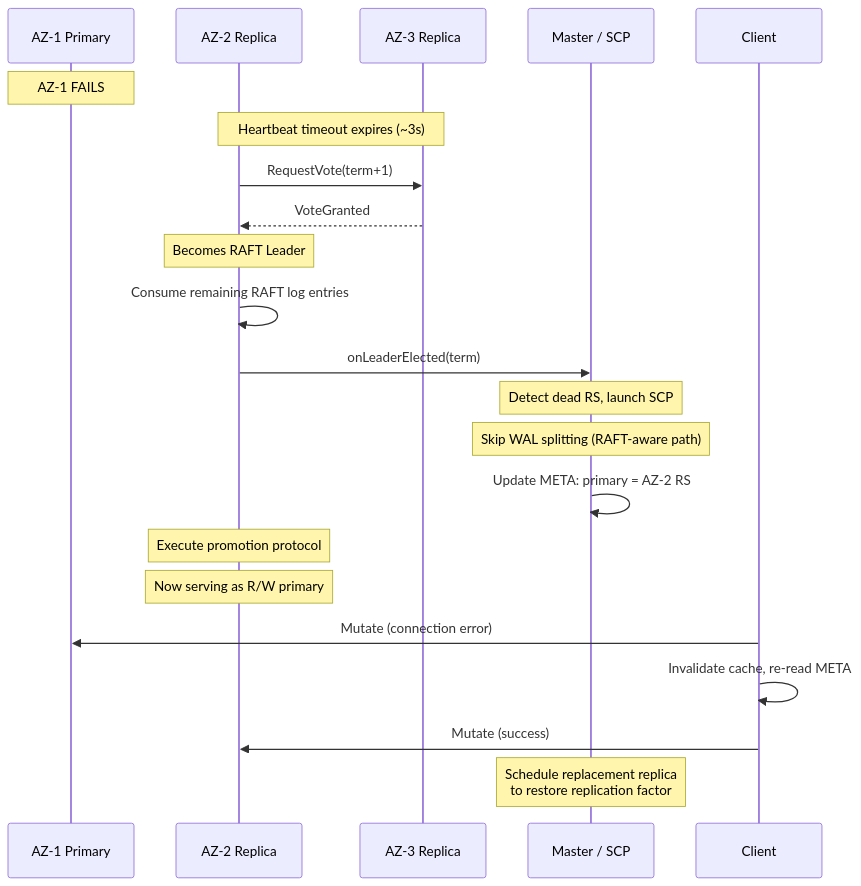
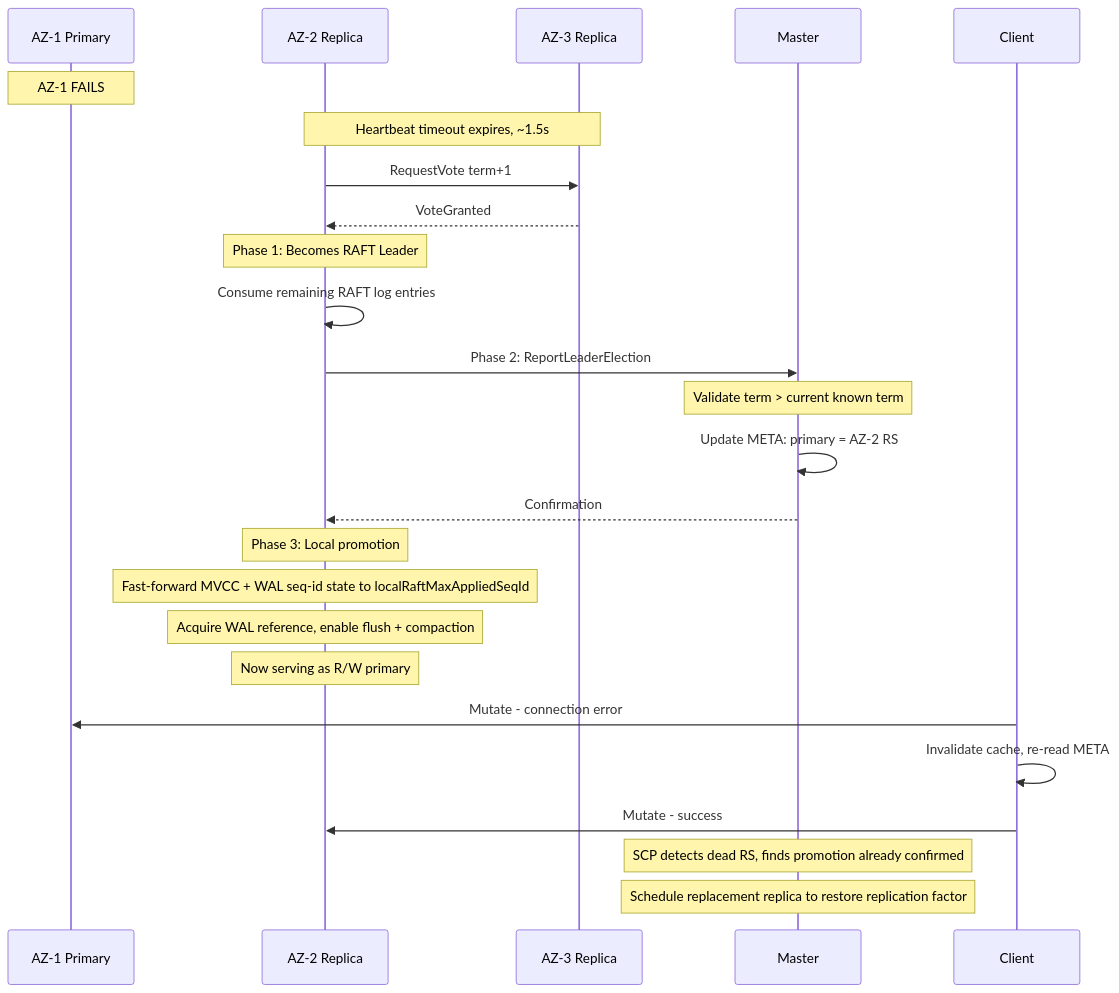
Diagram 12 of 17 in RAFT_REGION_REPLICAS.md (apurtell/hbase), drawn with Mermaid before and after one commit. The commit also changed other lines of this file and 7 other files, not shown here.

````diff
--- a/RAFT_REGION_REPLICAS.md
+++ b/RAFT_REGION_REPLICAS.md
@@ -599,32 +972,35 @@
 ```mermaid
 sequenceDiagram
     participant AZ1 as AZ-1 Primary
     participant AZ2 as AZ-2 Replica
     participant AZ3 as AZ-3 Replica
-    participant M as Master / SCP
+    participant M as Master
     participant C as Client
 
     Note over AZ1: AZ-1 FAILS
 
-    Note over AZ2,AZ3: Heartbeat timeout expires (~3s)
+    Note over AZ2,AZ3: Heartbeat timeout expires, ~1.5s
 
-    AZ2->>AZ3: RequestVote(term+1)
+    AZ2->>AZ3: RequestVote term+1
     AZ3-->>AZ2: VoteGranted
 
-    Note over AZ2: Becomes RAFT Leader
+    Note over AZ2: Phase 1: Becomes RAFT Leader
     AZ2->>AZ2: Consume remaining RAFT log entries
-    AZ2->>M: onLeaderElected(term)
 
-    Note over M: Detect dead RS, launch SCP
-    Note over M: Skip WAL splitting (RAFT-aware path)
+    AZ2->>M: Phase 2: ReportLeaderElection
+    Note over M: Validate term > current known term
     M->>M: Update META: primary = AZ-2 RS
+    M-->>AZ2: Confirmation
 
-    Note over AZ2: Execute promotion protocol
+    Note over AZ2: Phase 3: Local promotion
+    Note over AZ2: Fast-forward MVCC + WAL seq-id state to localRaftMaxAppliedSeqId
+    Note over AZ2: Acquire WAL reference, enable flush + compaction
     Note over AZ2: Now serving as R/W primary
 
-    C->>AZ1: Mutate (connection error)
+    C->>AZ1: Mutate - connection error
     C->>C: Invalidate cache, re-read META
-    C->>AZ2: Mutate (success)
+    C->>AZ2: Mutate - success
 
-    Note over M: Schedule replacement replica<br/>to restore replication factor
+    Note over M: SCP detects dead RS, finds promotion already confirmed
+    Note over M: Schedule replacement replica to restore replication factor
 ```
````
